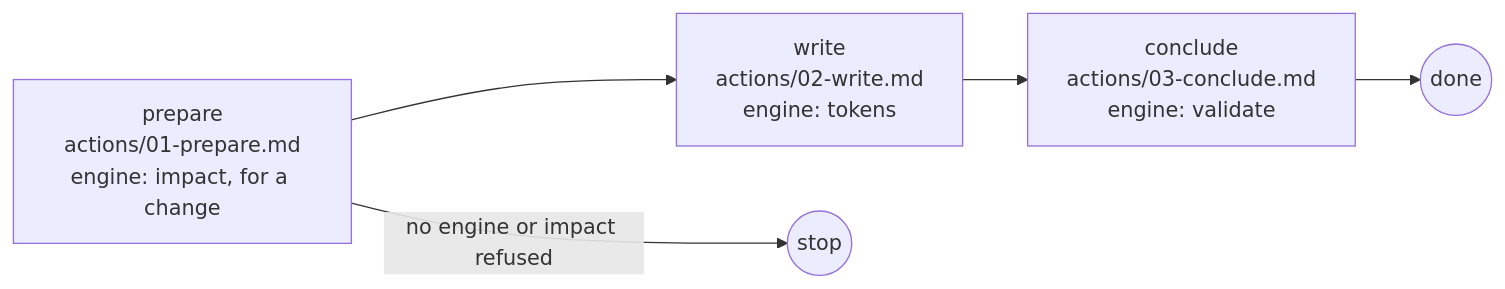
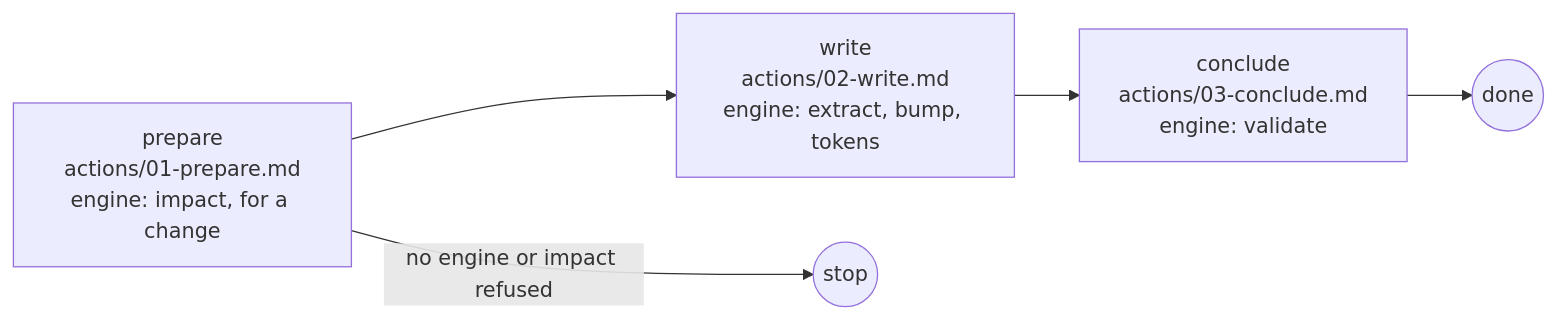
One commit to ai-driven-dev/framework changed the diagram in plugins/aidd-ui/skills/01-system/SKILL.md. Above: the diagram before and after it, drawn with Mermaid. The commit also changed 7 other files, not shown here.

````diff
--- a/plugins/aidd-ui/skills/01-system/SKILL.md
+++ b/plugins/aidd-ui/skills/01-system/SKILL.md
@@ -10,7 +10,7 @@
 ```mermaid
 flowchart LR
-  prepare["prepare<br>actions/01-prepare.md<br>engine: impact, for a change"] --> write["write<br>actions/02-write.md<br>engine: tokens"]
+  prepare["prepare<br>actions/01-prepare.md<br>engine: impact, for a change"] --> write["write<br>actions/02-write.md<br>engine: extract, bump, tokens"]
   write --> conclude["conclude<br>actions/03-conclude.md<br>engine: validate"]
   conclude --> done((done))
   prepare -->|"no engine or impact refused"| stop((stop))
 ```
````
